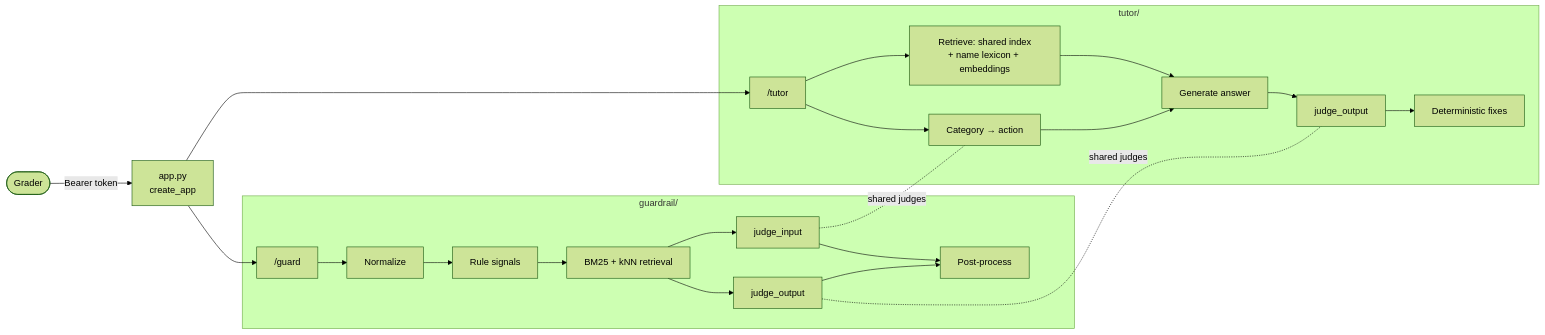
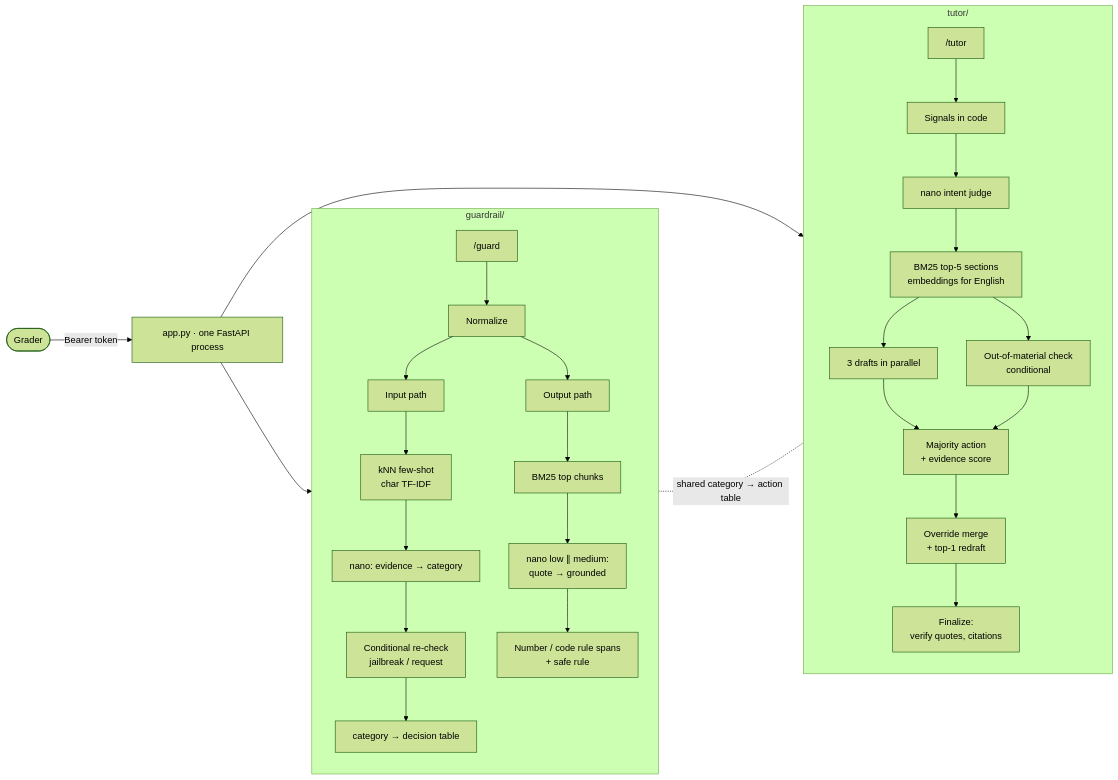
One commit to pataegonia/CheshireCat changed the diagram in README.md. Above: the diagram before and after it, drawn with Mermaid (forest theme). The commit also changed other lines of this file and 84 other files, not shown here.

````diff
--- a/README.md
+++ b/README.md
@@ -57,22 +63,31 @@
 ```mermaid
 flowchart LR
-    G([Grader]) -->|Bearer token| APP[app.py<br/>create_app]
+    G([Grader]) -->|Bearer token| APP[app.py · one FastAPI process]
     APP --> GUARD["/guard"]
     APP --> TUTOR["/tutor"]
 
     subgraph guardrail/
-      GUARD --> N[Normalize] --> S[Rule signals] --> R[BM25 + kNN retrieval]
-      R --> JI[judge_input] & JO[judge_output]
-      JI & JO --> P[Post-process]
+      direction TB
+      GUARD --> NORM[Normalize]
+      NORM --> IN[Input path]
+      NORM --> OUT[Output path]
+      IN --> KNN[kNN few-shot<br/>char TF-IDF] --> JI[nano: evidence → category]
+      JI --> RC[Conditional re-check<br/>jailbreak / request]
+      RC --> TBL1[category → decision table]
+      OUT --> BM1[BM25 top chunks] --> JO[nano low ∥ medium:<br/>quote → grounded]
+      JO --> LIT[Number / code rule spans<br/>+ safe rule]
     end
 
     subgraph tutor/
-      TUTOR --> RT[Retrieve: shared index<br/>+ name lexicon + embeddings]
-      TUTOR --> C[Category → action]
-      RT & C --> GEN[Generate answer]
-      GEN --> CHK[judge_output] --> FIX[Deterministic fixes]
+      direction TB
+      TUTOR --> SIG[Signals in code] --> INT[nano intent judge]
+      INT --> BM2[BM25 top-5 sections<br/>embeddings for English]
+      BM2 --> D3[3 drafts in parallel]
+      BM2 --> OOM[Out-of-material check<br/>conditional]
+      D3 & OOM --> SEL[Majority action<br/>+ evidence score]
+      SEL --> MRG[Override merge<br/>+ top-1 redraft]
+      MRG --> FIN[Finalize:<br/>verify quotes, citations]
     end
 
-    JI -. shared judges .- C
-    JO -. shared judges .- CHK
+    TBL1 -. shared category → action table .- MRG
 ```
````
